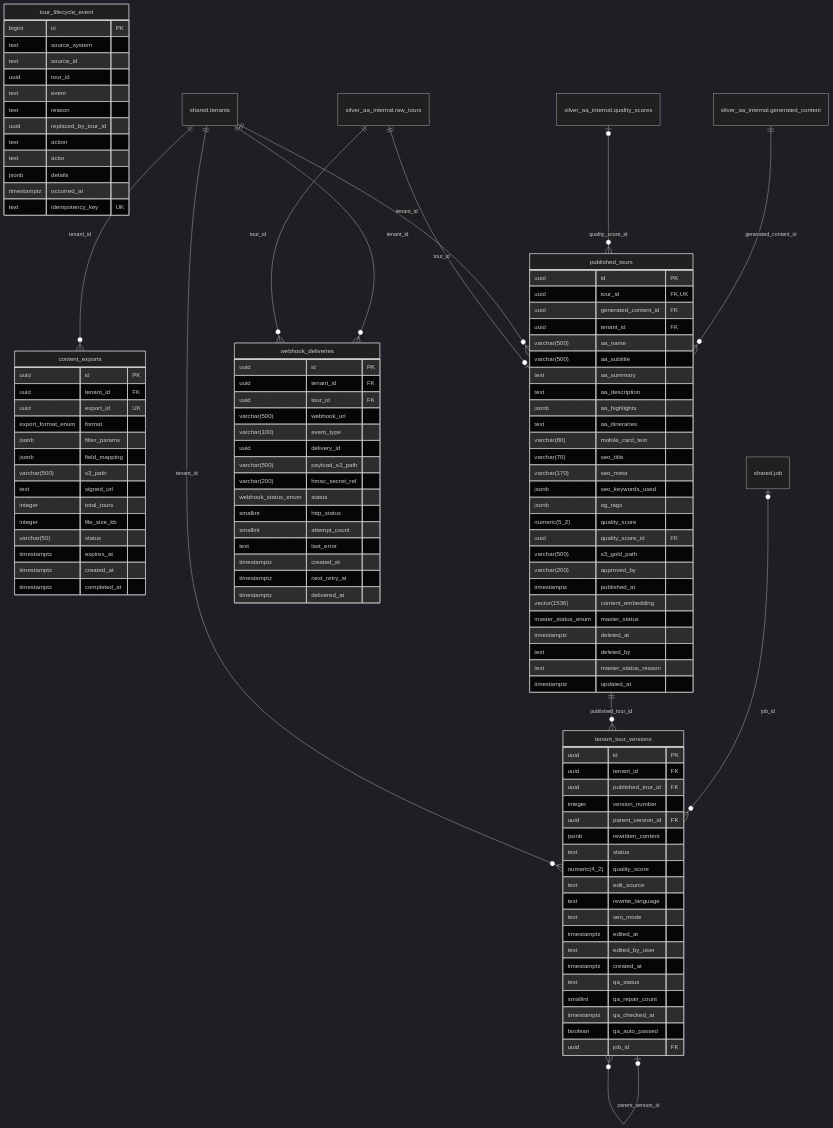
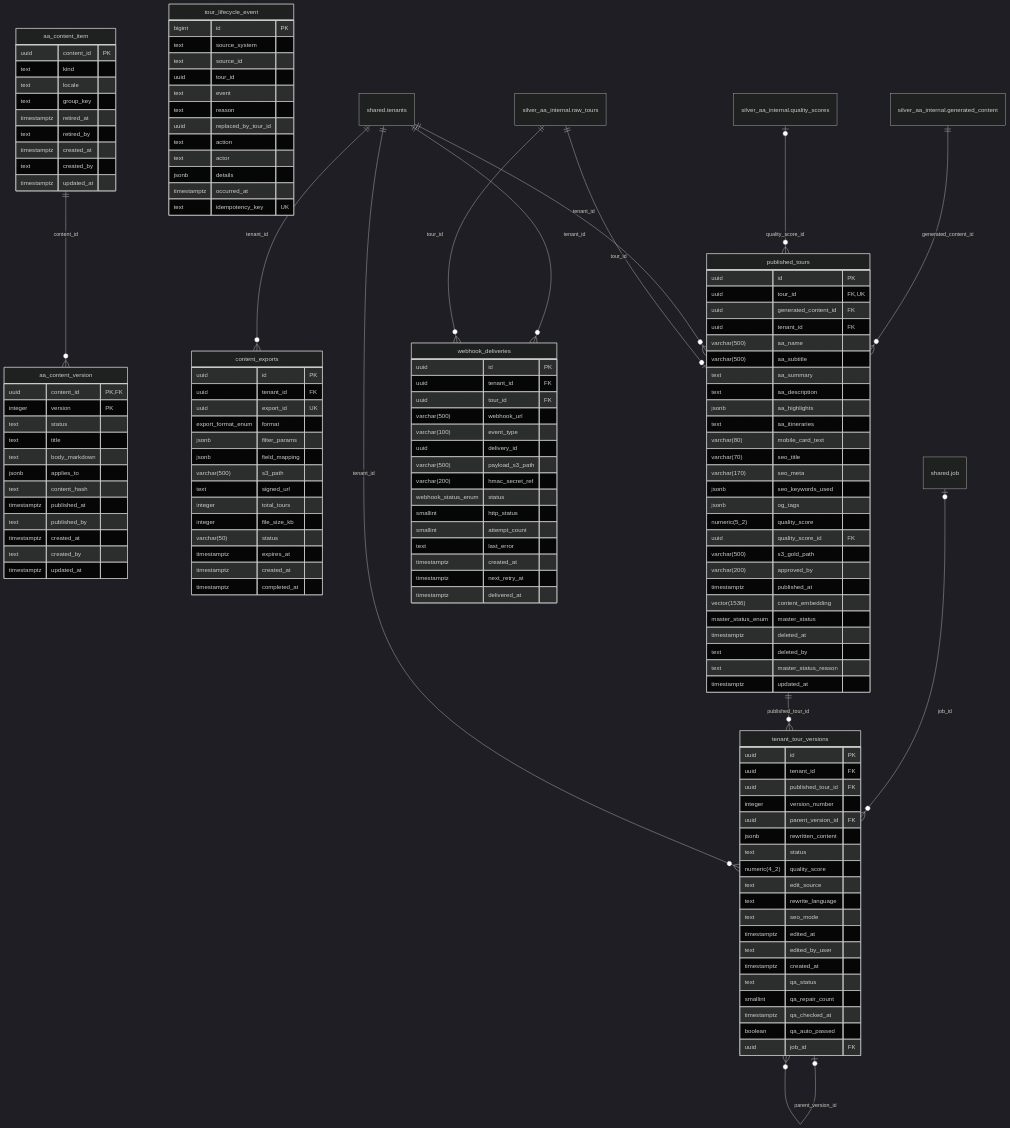
The diagram in docs/architecture/erd/gold_aa_internal.md (AdventureAsia365-Ecosys/AA-Ecosys), drawn with Mermaid (dark theme) before and after one commit. The commit also changed other lines of this file and 12 other files, not shown here.

First line of the commit message:
docs: regenerate db-schema-reference.md and ERD (live dump) (#242)

````diff
--- a/docs/architecture/erd/gold_aa_internal.md
+++ b/docs/architecture/erd/gold_aa_internal.md
@@ -25,5 +25,30 @@
 ```mermaid
 erDiagram
+    aa_content_item {
+        uuid content_id PK
+        text kind
+        text locale
+        text group_key
+        timestamptz retired_at
+        text retired_by
+        timestamptz created_at
+        text created_by
+        timestamptz updated_at
+    }
+    aa_content_version {
+        uuid content_id PK, FK
+        integer version PK
+        text status
+        text title
+        text body_markdown
+        jsonb applies_to
+        text content_hash
+        timestamptz published_at
+        text published_by
+        timestamptz created_at
+        text created_by
+        timestamptz updated_at
+    }
     content_exports {
         uuid id PK
         uuid tenant_id FK
@@ -125,6 +150,7 @@
     "silver_aa_internal.generated_content"
     "silver_aa_internal.quality_scores"
     "silver_aa_internal.raw_tours"
+    aa_content_item ||--o{ aa_content_version : "content_id"
     "shared.tenants" ||--o{ content_exports : "tenant_id"
     "silver_aa_internal.generated_content" ||--o{ published_tours : "generated_content_id"
     "silver_aa_internal.quality_scores" |o--o{ published_tours : "quality_score_id"
````
